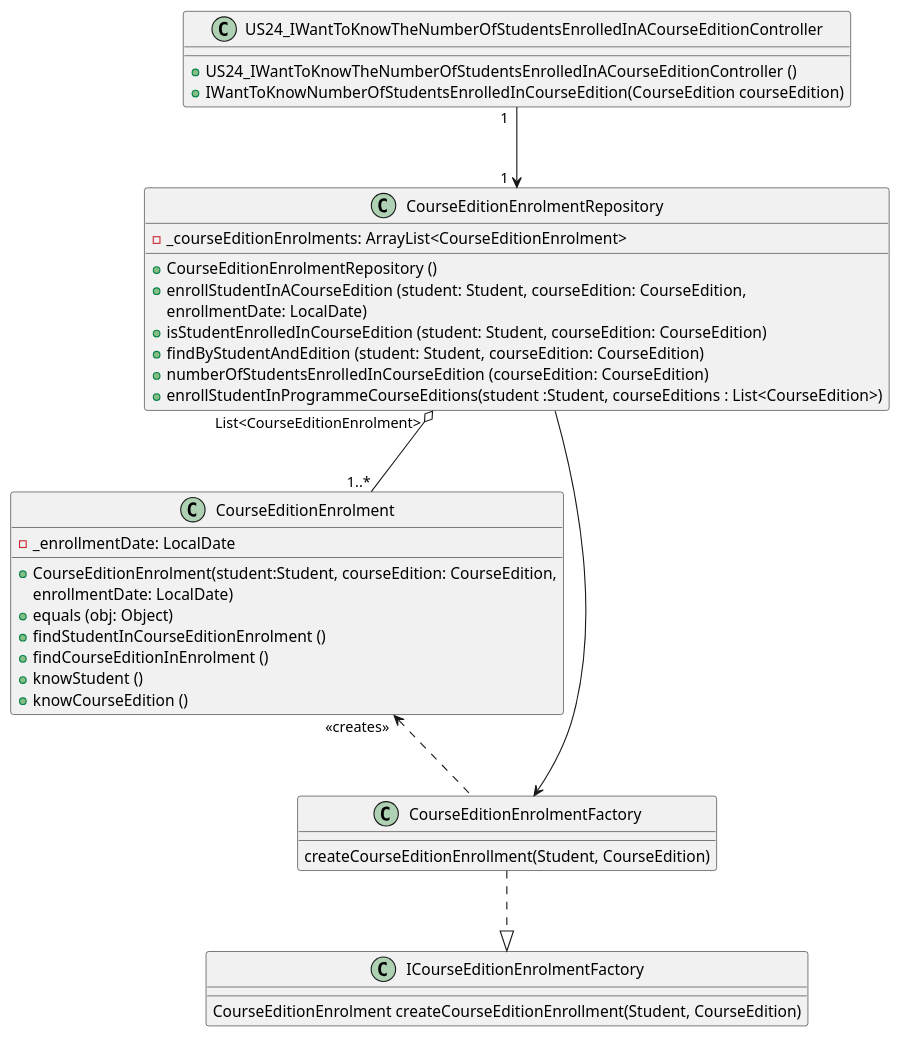
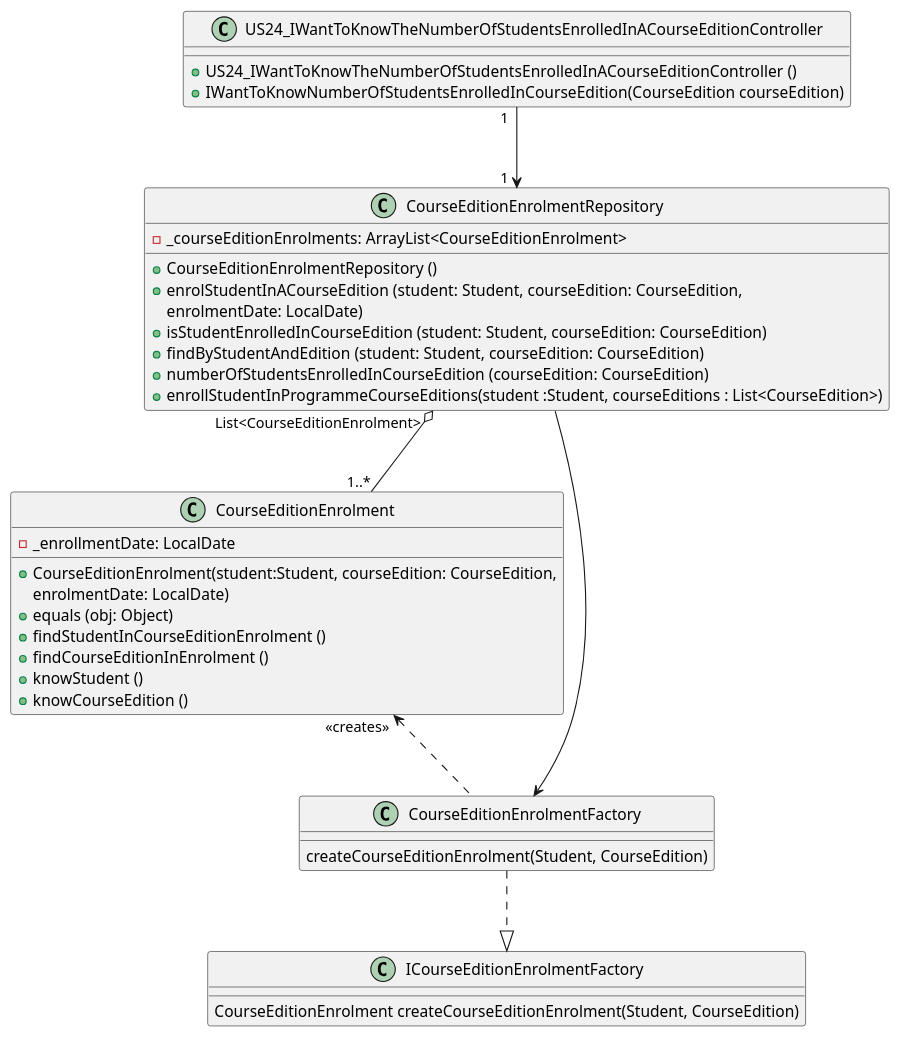
Before and after one commit to GasparISEP/DevOps-PAI: the diagram in docs/US24/US24_ClassDiagram.puml, drawn with PlantUML. The commit also changed 9 other files, not shown here.

Commit message:
New refactoring to Enrol and Enrolment

```diff
--- a/docs/US24/US24_ClassDiagram.puml
+++ b/docs/US24/US24_ClassDiagram.puml
@@ -1,47 +1,47 @@
 @startuml
 'https://plantuml.com/class-diagram
 
 !pragma layout smetana
 'left to right direction'
 
 class US24_IWantToKnowTheNumberOfStudentsEnrolledInACourseEditionController {
 +US24_IWantToKnowTheNumberOfStudentsEnrolledInACourseEditionController ()
 +IWantToKnowNumberOfStudentsEnrolledInCourseEdition(CourseEdition courseEdition)
 }
 
 class CourseEditionEnrolmentRepository {
     -_courseEditionEnrolments: ArrayList<CourseEditionEnrolment>
     +CourseEditionEnrolmentRepository ()
-    +enrollStudentInACourseEdition (student: Student, courseEdition: CourseEdition,
-    enrollmentDate: LocalDate)
+    +enrolStudentInACourseEdition (student: Student, courseEdition: CourseEdition,
+    enrolmentDate: LocalDate)
     +isStudentEnrolledInCourseEdition (student: Student, courseEdition: CourseEdition)
     +findByStudentAndEdition (student: Student, courseEdition: CourseEdition)
     +numberOfStudentsEnrolledInCourseEdition (courseEdition: CourseEdition)
     +enrollStudentInProgrammeCourseEditions(student :Student, courseEditions : List<CourseEdition>)
 }
 
 class CourseEditionEnrolment {
     -_enrollmentDate: LocalDate
     +CourseEditionEnrolment(student:Student, courseEdition: CourseEdition,
-     enrollmentDate: LocalDate)
+     enrolmentDate: LocalDate)
     +equals (obj: Object)
     +findStudentInCourseEditionEnrolment ()
     +findCourseEditionInEnrolment ()
     +knowStudent ()
     +knowCourseEdition ()
 }
 
 class CourseEditionEnrolmentFactory {
-createCourseEditionEnrollment(Student, CourseEdition)
+createCourseEditionEnrolment(Student, CourseEdition)
 }
 
 class ICourseEditionEnrolmentFactory {
-CourseEditionEnrolment createCourseEditionEnrollment(Student, CourseEdition)
+CourseEditionEnrolment createCourseEditionEnrolment(Student, CourseEdition)
 }
 
 US24_IWantToKnowTheNumberOfStudentsEnrolledInACourseEditionController "1  " ---> "1  "CourseEditionEnrolmentRepository
 CourseEditionEnrolment "<<creates>> " <...  CourseEditionEnrolmentFactory
 CourseEditionEnrolmentFactory  ...|>  ICourseEditionEnrolmentFactory
 CourseEditionEnrolmentRepository "List<CourseEditionEnrolment>   " o--- "1..*" CourseEditionEnrolment
 CourseEditionEnrolmentFactory <-- CourseEditionEnrolmentRepository
 @enduml
```
